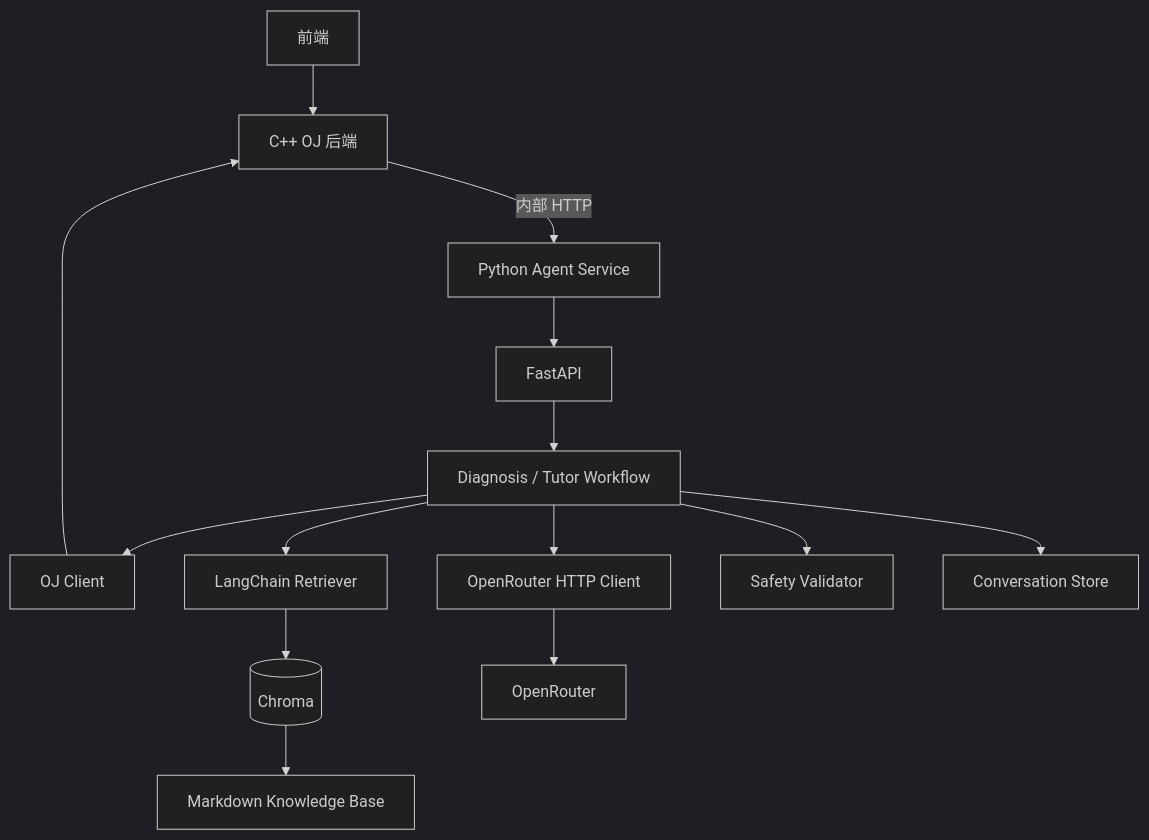
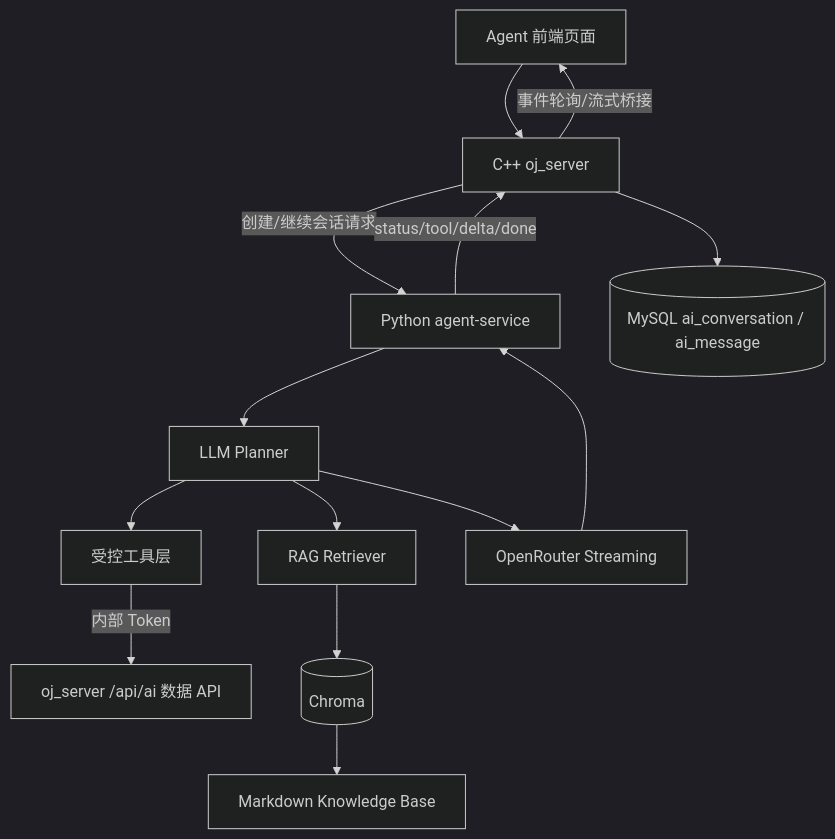
One commit to viggggil/cpp_online_judge_server changed the diagram in oj_platform/agent-service/oj_agent_module_design.md. Above: the diagram before and after it, drawn with Mermaid (dark theme). The commit also changed other lines of this file and 21 other files, not shown here.

Commit message:
adjust agent-service framework

````diff
--- a/oj_platform/agent-service/oj_agent_module_design.md
+++ b/oj_platform/agent-service/oj_agent_module_design.md
@@ -353,18 +51,16 @@
 ```mermaid
 flowchart TD
-    FE[前端] --> OJ[C++ OJ 后端]
-    OJ -->|内部 HTTP| AS[Python Agent Service]
-
-    AS --> API[FastAPI]
-    API --> WF[Diagnosis / Tutor Workflow]
-    WF --> OJC[OJ Client]
-    WF --> RAG[LangChain Retriever]
-    WF --> LLM[OpenRouter HTTP Client]
-    WF --> SAFE[Safety Validator]
-    WF --> MEM[Conversation Store]
-
-    OJC --> OJ
+    FE[Agent 前端页面] --> OJ[C++ oj_server]
+    OJ -->|创建/继续会话请求| AS[Python agent-service]
+    AS --> PLAN[LLM Planner]
+    PLAN --> TOOLS[受控工具层]
+    TOOLS -->|内部 Token| OJAI[oj_server /api/ai 数据 API]
+    PLAN --> RAG[RAG Retriever]
     RAG --> CHROMA[(Chroma)]
     CHROMA --> KB[Markdown Knowledge Base]
-    LLM --> OR[OpenRouter]
+    PLAN --> LLM[OpenRouter Streaming]
+    LLM --> AS
+    AS -->|status/tool/delta/done| OJ
+    OJ -->|事件轮询/流式桥接| FE
+    OJ --> DB[(MySQL ai_conversation / ai_message)]
 ```
````
